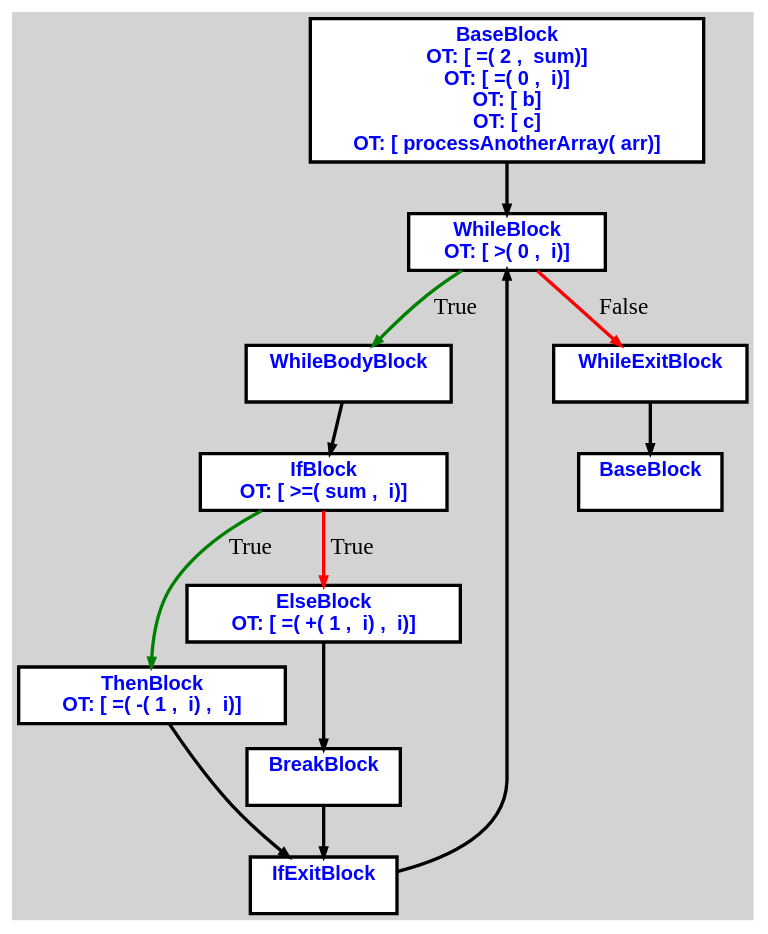
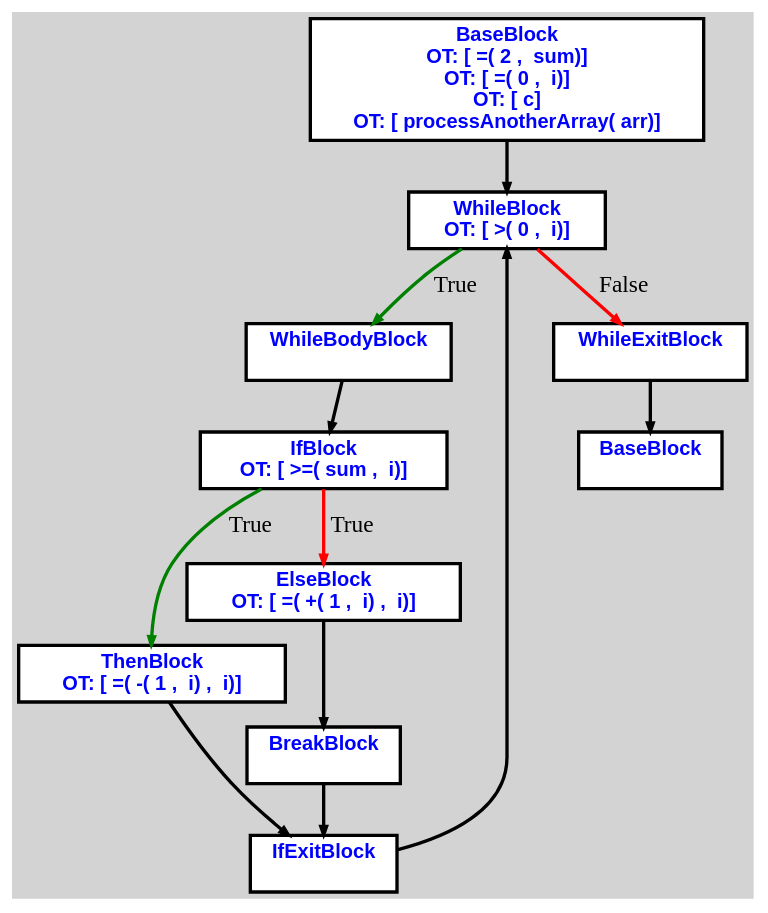
One commit to aveen007/CountingMonkeys changed the diagram in cpoCompilerWin/input.txt.d.dot. Above: the diagram before and after it, drawn with Graphviz. The commit also changed 24 other files, not shown here.

```diff
--- a/cpoCompilerWin/input.txt.d.dot
+++ b/cpoCompilerWin/input.txt.d.dot
@@ -1,37 +1,36 @@
 digraph G {
 ordering=out;
 ranksep=.4;
 bgcolor="lightgrey";  node [shape=box, fixedsize=false, fontsize=12, fontname="Helvetica-bold", fontcolor="blue"
 width=.25, height=.25, color="black", fillcolor="white", style="filled, solid, bold"];
 
-edge [arrowsize=.5, color="black", style="bold"]    n00001222C27A2240 [label="BaseBlock\n OT: [ =( 2 ,  sum)]
+edge [arrowsize=.5, color="black", style="bold"]    n000011CED78A23C0 [label="BaseBlock\n OT: [ =( 2 ,  sum)]
 OT: [ =( 0 ,  i)]
-OT: [ b]
 OT: [ c]
 OT: [ processAnotherArray( arr)]
 "]
-    n00001222C27A2300 [label="WhileBlock\n OT: [ >( 0 ,  i)]
+    n000011CED78A2420 [label="WhileBlock\n OT: [ >( 0 ,  i)]
 "]
-    n00001222C27A2240 -> n00001222C27A2300
-	   n00001222C27A2300 -> n00001222C27A2360 [ label = "True" color="green"]
-    n00001222C27A2360 [label="WhileBodyBlock\n "]
-    n00001222C27A2420 [label="IfBlock\n OT: [ >=( sum ,  i)]
+    n000011CED78A23C0 -> n000011CED78A2420
+	   n000011CED78A2420 -> n000011CED78A2480 [ label = "True" color="green"]
+    n000011CED78A2480 [label="WhileBodyBlock\n "]
+    n000011CED78A2540 [label="IfBlock\n OT: [ >=( sum ,  i)]
 "]
-    n00001222C27A2360 -> n00001222C27A2420
-    n00001222C27A2420 -> n00001222C27A2480 [label="True" color="green"]
-    n00001222C27A2480 [label="ThenBlock\n OT: [ =( -( 1 ,  i) ,  i)]
+    n000011CED78A2480 -> n000011CED78A2540
+    n000011CED78A2540 -> n000011CED78A25A0 [label="True" color="green"]
+    n000011CED78A25A0 [label="ThenBlock\n OT: [ =( -( 1 ,  i) ,  i)]
 "]
-    n00001222C27A25A0 [label="IfExitBlock\n "]
-    n00001222C27A2480 -> n00001222C27A25A0
-    n00001222C27A25A0 -> n00001222C27A2300
-    n00001222C27A2420 -> n00001222C27A24E0 [label="True" color="red"]
-    n00001222C27A24E0 [label="ElseBlock\n OT: [ =( +( 1 ,  i) ,  i)]
+    n000011CED78A26C0 [label="IfExitBlock\n "]
+    n000011CED78A25A0 -> n000011CED78A26C0
+    n000011CED78A26C0 -> n000011CED78A2420
+    n000011CED78A2540 -> n000011CED78A2600 [label="True" color="red"]
+    n000011CED78A2600 [label="ElseBlock\n OT: [ =( +( 1 ,  i) ,  i)]
 "]
-    n00001222C27A2540 [label="BreakBlock\n "]
-    n00001222C27A24E0 -> n00001222C27A2540
-    n00001222C27A2540 -> n00001222C27A25A0
-	   n00001222C27A2300 -> n00001222C27A23C0 [ label = "False" color="red"]
-    n00001222C27A23C0 [label="WhileExitBlock\n "]
-    n00001222C27A2600 [label="BaseBlock\n "]
-    n00001222C27A23C0 -> n00001222C27A2600
+    n000011CED78A2660 [label="BreakBlock\n "]
+    n000011CED78A2600 -> n000011CED78A2660
+    n000011CED78A2660 -> n000011CED78A26C0
+	   n000011CED78A2420 -> n000011CED78A24E0 [ label = "False" color="red"]
+    n000011CED78A24E0 [label="WhileExitBlock\n "]
+    n000011CED78A2720 [label="BaseBlock\n "]
+    n000011CED78A24E0 -> n000011CED78A2720
 }
```
